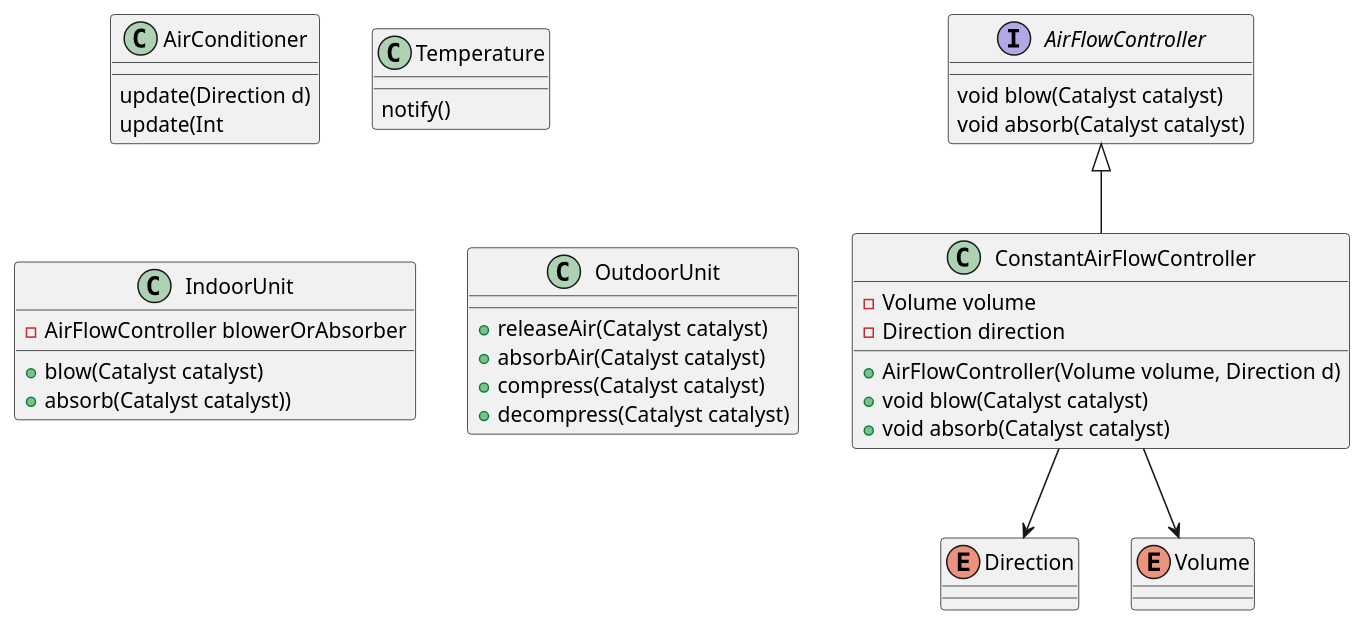
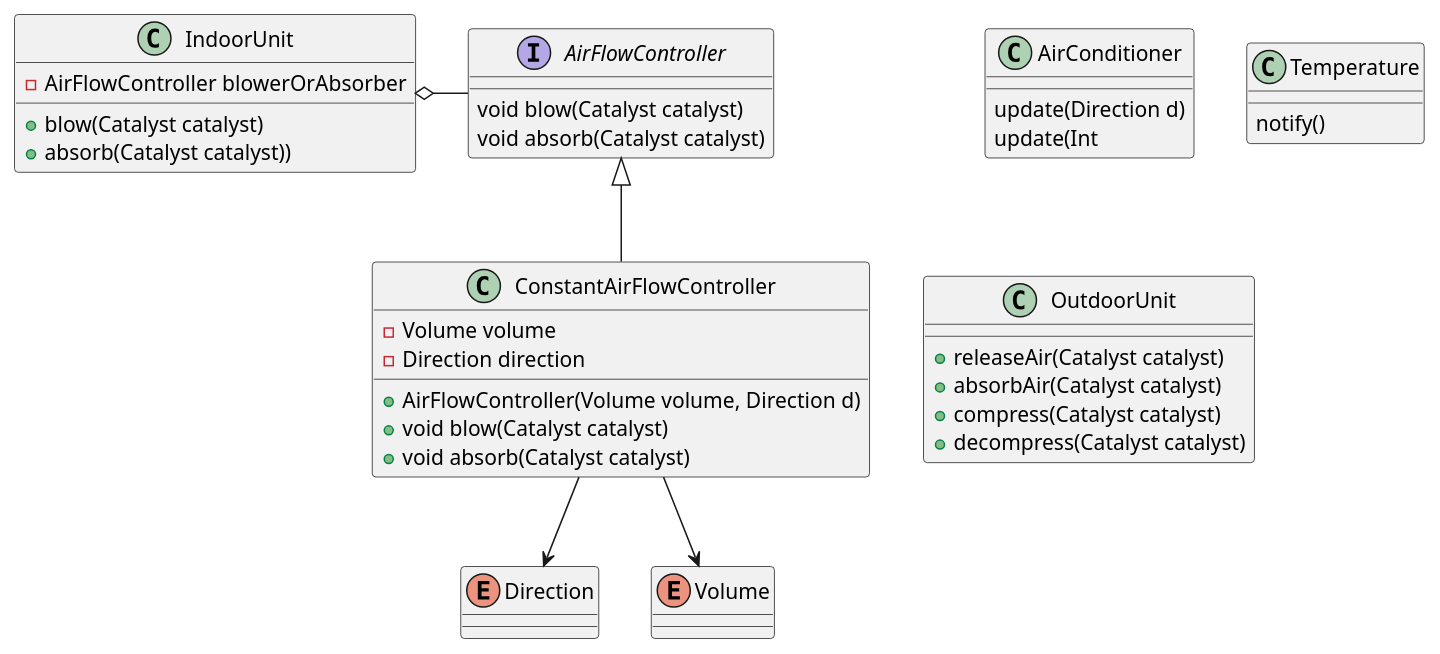
The diagram in air-conditioner.puml (yatakeke/modeling-training), drawn with PlantUML before and after one commit.

Commit message:
風量や風向のコントロールをairflowcontrollerに移譲した

```diff
--- a/air-conditioner.puml
+++ b/air-conditioner.puml
@@ -1,52 +1,55 @@
 @startuml
 'https://plantuml.com/class-diagram
 
 class AirConditioner {
 update(Direction d)
 update(Int
 }
 
 class Temperature {
 notify()
 }
+'templateパターンでwarmとcoolが実装できるかも？
+
+'意図がindoorUnitと少し違うことを明確にするためにあえて違う名前にしてみた
+class OutdoorUnit {
++releaseAir(Catalyst catalyst)
++absorbAir(Catalyst catalyst)
++compress(Catalyst catalyst)
++decompress(Catalyst catalyst)
+}
 
 class IndoorUnit {
 -AirFlowController blowerOrAbsorber
 +blow(Catalyst catalyst)
 +absorb(Catalyst catalyst))
 }
 
-'意図が少し違うことを明確にするためにあえて違う名前にしてみた
-class OutdoorUnit {
-+releaseAir(Catalyst catalyst)
-+absorbAir(Catalyst catalyst)
-+compress(Catalyst catalyst)
-+decompress(Catalyst catalyst)
-}
+IndoorUnit o-right- AirFlowController
 
 interface AirFlowController {
 void blow(Catalyst catalyst)
 void absorb(Catalyst catalyst)
 }
 
 AirFlowController <|-- ConstantAirFlowController
 'TODO: autoとかの実装を後ほどする
 
 class ConstantAirFlowController {
 -Volume volume
 -Direction direction
 +AirFlowController(Volume volume, Direction d)
 +void blow(Catalyst catalyst)
 +void absorb(Catalyst catalyst)
 }
 
 ConstantAirFlowController --> Direction
 ConstantAirFlowController --> Volume
 
 enum Direction {
 }
 
 enum Volume {
 }
 
 @enduml
```
